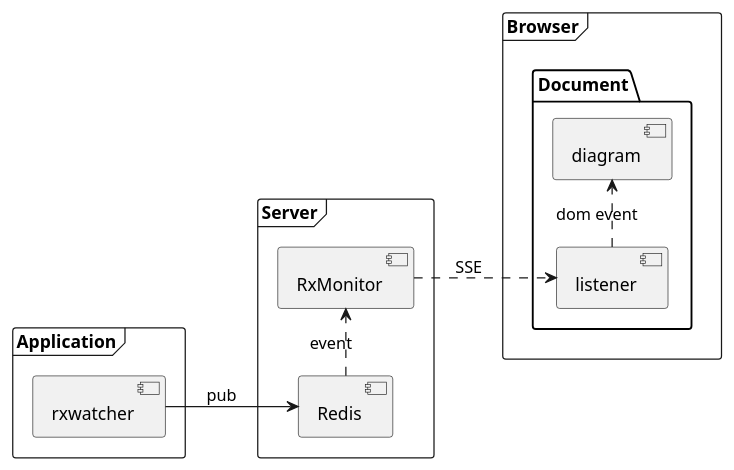
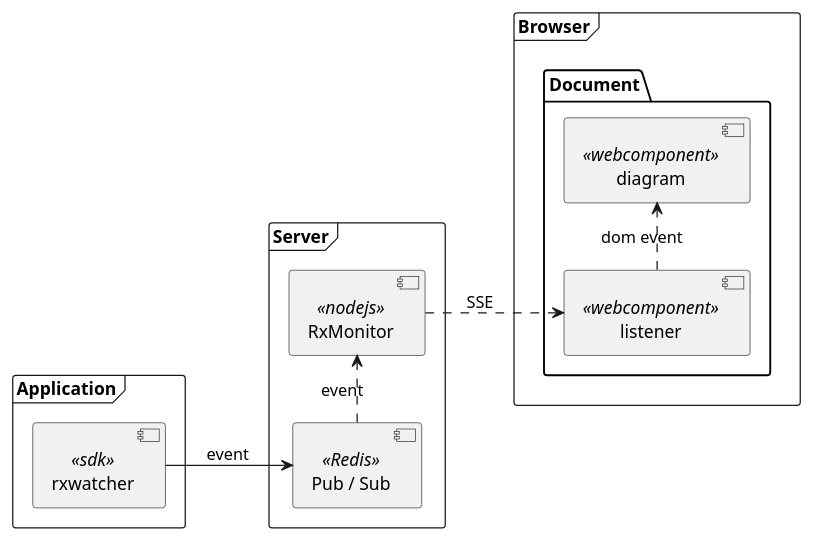
The diagram in architecture.puml (bsorrentino/RxMonitor), drawn with PlantUML before and after one commit. The commit also changed 1 other file, not shown here.

Commit message:
update architecture

```diff
--- a/architecture.puml
+++ b/architecture.puml
@@ -1,27 +1,30 @@
 @startuml
 left to right direction
 
 
 frame "Server" {
-[Redis] .> [RxMonitor] : event
-''[RxMonitor] --> [Redis] : sub
+  [RxMonitor] as RxMonitor << nodejs >>
+  [Pub / Sub] as Redis << Redis >>
+  [Redis] .> [RxMonitor] : event
+  ''[RxMonitor] --> [Redis] : sub
 }
 
 frame "Application" {
-  [rxwatcher] --> [Redis] : pub
+  [rxwatcher] as [rxwatcher]  << sdk >>
+  [rxwatcher] --> [Redis] : event
 }
 
 frame "Browser" {
   package "Document" {
-    [listener] as listener
-    [diagram] as diagram
+    [listener] as listener << webcomponent >>
+    [diagram] as diagram << webcomponent >>
   }
 }
 'Document --> [RxMonitor] : Download from
 
 [listener] .> [diagram] : dom event
 
 
 [RxMonitor] ..> [listener] : SSE
 
 @enduml
```
